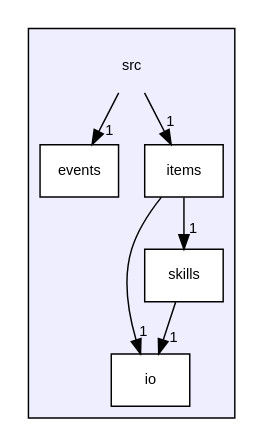
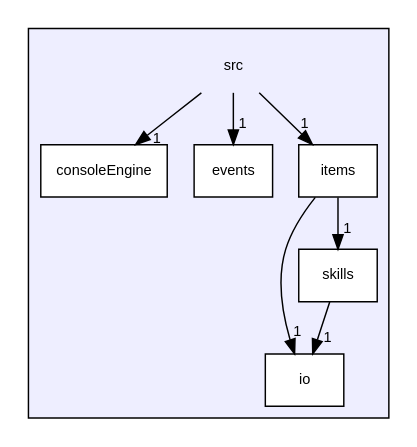
The diagram in dir_68267d1309a1af8e8297ef4c3efbcdba_dep.dot (Wisteca/FilRougeDoc), drawn with Graphviz before and after one commit. The commit also changed 162 other files, not shown here.

```diff
--- a/dir_68267d1309a1af8e8297ef4c3efbcdba_dep.dot
+++ b/dir_68267d1309a1af8e8297ef4c3efbcdba_dep.dot
@@ -1,18 +1,20 @@
 digraph "src" {
   compound=true
   node [ fontsize="10", fontname="Helvetica"];
   edge [ labelfontsize="10", labelfontname="Helvetica"];
   subgraph clusterdir_68267d1309a1af8e8297ef4c3efbcdba {
     graph [ bgcolor="#eeeeff", pencolor="black", label="" URL="dir_68267d1309a1af8e8297ef4c3efbcdba.html"];
     dir_68267d1309a1af8e8297ef4c3efbcdba [shape=plaintext label="src"];
+  dir_5a265d8a0feef7fed69ba92aa1265b3e [shape=box label="consoleEngine" fillcolor="white" style="filled" URL="dir_5a265d8a0feef7fed69ba92aa1265b3e.html"];
   dir_14e1e259e8275dc0c459acef3bbf05ae [shape=box label="events" fillcolor="white" style="filled" URL="dir_14e1e259e8275dc0c459acef3bbf05ae.html"];
   dir_c184e51c84f2c3f0345bbc8a0d75d3e1 [shape=box label="io" fillcolor="white" style="filled" URL="dir_c184e51c84f2c3f0345bbc8a0d75d3e1.html"];
   dir_17cee08e17148530a7aedf85f92ee362 [shape=box label="items" fillcolor="white" style="filled" URL="dir_17cee08e17148530a7aedf85f92ee362.html"];
   dir_d702b1830c517f66a168af5170d68148 [shape=box label="skills" fillcolor="white" style="filled" URL="dir_d702b1830c517f66a168af5170d68148.html"];
   }
-  dir_68267d1309a1af8e8297ef4c3efbcdba->dir_14e1e259e8275dc0c459acef3bbf05ae [headlabel="1", labeldistance=1.5 headhref="dir_000000_000001.html"];
-  dir_68267d1309a1af8e8297ef4c3efbcdba->dir_17cee08e17148530a7aedf85f92ee362 [headlabel="1", labeldistance=1.5 headhref="dir_000000_000003.html"];
-  dir_17cee08e17148530a7aedf85f92ee362->dir_c184e51c84f2c3f0345bbc8a0d75d3e1 [headlabel="1", labeldistance=1.5 headhref="dir_000003_000002.html"];
-  dir_17cee08e17148530a7aedf85f92ee362->dir_d702b1830c517f66a168af5170d68148 [headlabel="1", labeldistance=1.5 headhref="dir_000003_000004.html"];
-  dir_d702b1830c517f66a168af5170d68148->dir_c184e51c84f2c3f0345bbc8a0d75d3e1 [headlabel="1", labeldistance=1.5 headhref="dir_000004_000002.html"];
+  dir_68267d1309a1af8e8297ef4c3efbcdba->dir_14e1e259e8275dc0c459acef3bbf05ae [headlabel="1", labeldistance=1.5 headhref="dir_000000_000002.html"];
+  dir_68267d1309a1af8e8297ef4c3efbcdba->dir_17cee08e17148530a7aedf85f92ee362 [headlabel="1", labeldistance=1.5 headhref="dir_000000_000004.html"];
+  dir_68267d1309a1af8e8297ef4c3efbcdba->dir_5a265d8a0feef7fed69ba92aa1265b3e [headlabel="1", labeldistance=1.5 headhref="dir_000000_000001.html"];
+  dir_17cee08e17148530a7aedf85f92ee362->dir_c184e51c84f2c3f0345bbc8a0d75d3e1 [headlabel="1", labeldistance=1.5 headhref="dir_000004_000003.html"];
+  dir_17cee08e17148530a7aedf85f92ee362->dir_d702b1830c517f66a168af5170d68148 [headlabel="1", labeldistance=1.5 headhref="dir_000004_000005.html"];
+  dir_d702b1830c517f66a168af5170d68148->dir_c184e51c84f2c3f0345bbc8a0d75d3e1 [headlabel="1", labeldistance=1.5 headhref="dir_000005_000003.html"];
 }
```
